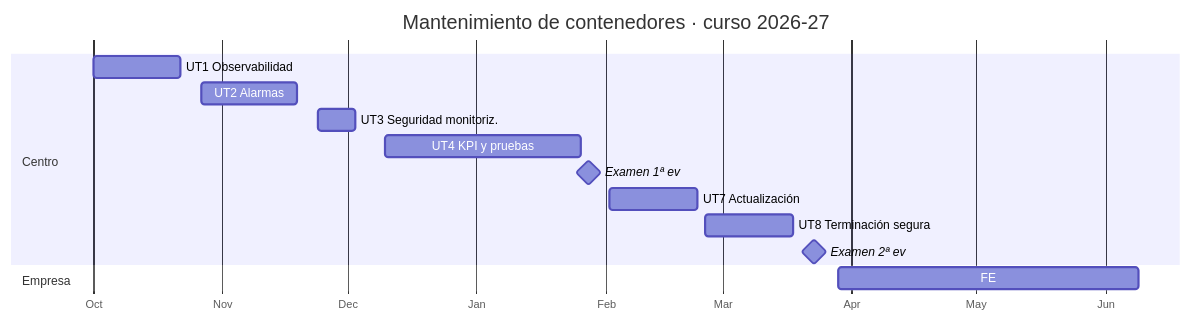
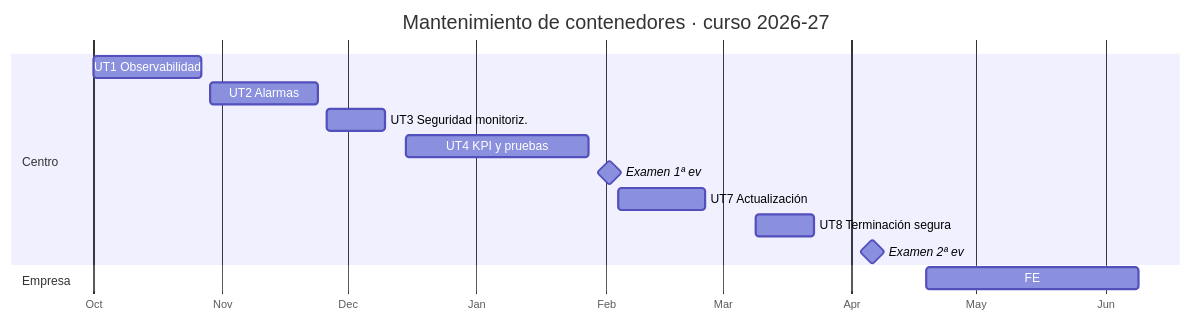
The diagram in docs/calendario.md (victor-educ/apuntes-5169), drawn with Mermaid before and after one commit. The commit also changed other lines of this file and 13 other files, not shown here.

First line of the commit message:
Temporalización definitiva, gramática visual y diagramas en todas las unidades

````diff
--- a/docs/calendario.md
+++ b/docs/calendario.md
@@ -75,17 +75,17 @@
 ```mermaid
 gantt
     title Mantenimiento de contenedores · curso 2026-27
     dateFormat  YYYY-MM-DD
     axisFormat  %b
     section Centro
-    UT1 Observabilidad        :2026-10-01, 2026-10-22
-    UT2 Alarmas               :2026-10-27, 2026-11-19
-    UT3 Seguridad monitoriz.  :2026-11-24, 2026-12-03
-    UT4 KPI y pruebas         :2026-12-10, 2027-01-26
-    Examen 1ª ev              :milestone, 2027-01-28, 0d
-    UT7 Actualización         :2027-02-02, 2027-02-23
-    UT8 Terminación segura    :2027-02-25, 2027-03-18
-    Examen 2ª ev              :milestone, 2027-03-23, 0d
+    UT1 Observabilidad        :2026-10-01, 2026-10-27
+    UT2 Alarmas               :2026-10-29, 2026-11-24
+    UT3 Seguridad monitoriz.  :2026-11-26, 2026-12-10
+    UT4 KPI y pruebas         :2026-12-15, 2027-01-28
+    Examen 1ª ev              :milestone, 2027-02-02, 0d
+    UT7 Actualización         :2027-02-04, 2027-02-25
+    UT8 Terminación segura    :2027-03-09, 2027-03-23
+    Examen 2ª ev              :milestone, 2027-04-06, 0d
     section Empresa
-    FE                        :2027-03-29, 2027-06-09
+    FE                        :2027-04-19, 2027-06-09
 ```
````
